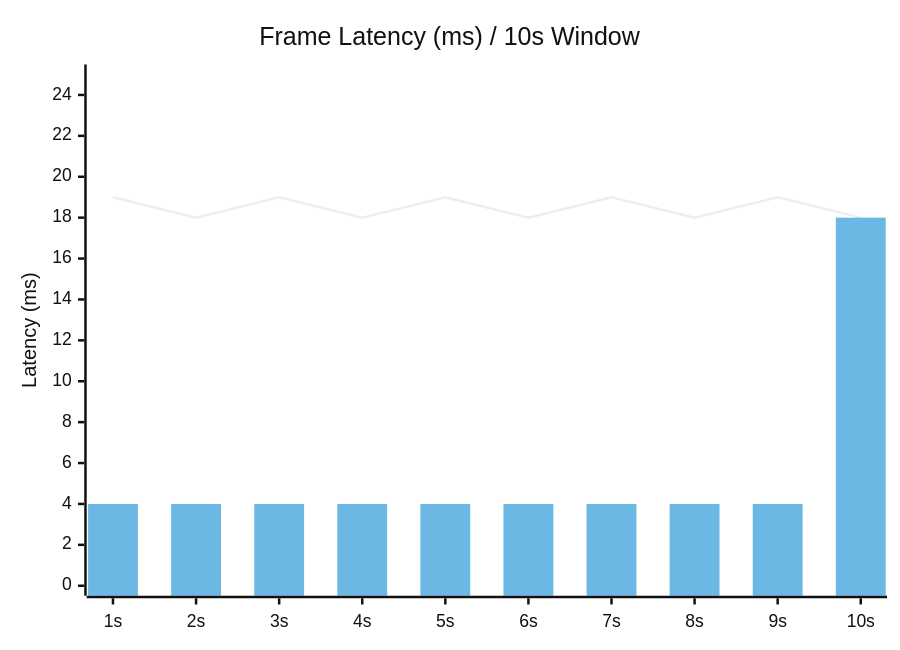
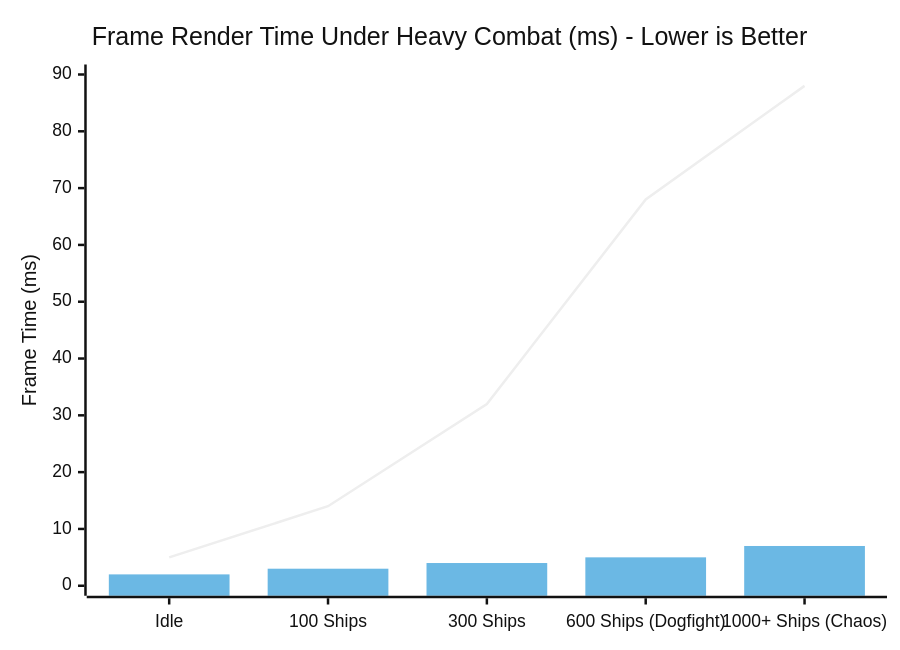
One commit to Serverket/solarmax-zero changed the third of 3 diagrams in README.md. Above: the diagram before and after it, drawn with Mermaid (neutral theme). The commit also changed other lines of this file and 38 other files, not shown here.

````diff
--- a/README.md
+++ b/README.md
@@ -104,8 +138,8 @@
 ```mermaid
 xychart-beta
-    title "Frame Latency (ms) / 10s Window"
-    x-axis [1s, 2s, 3s, 4s, 5s, 6s, 7s, 8s, 9s, 10s]
-    y-axis "Latency (ms)" 0 --> 25
-    line "Previous (Commit every 1s)" [19, 18, 19, 18, 19, 18, 19, 18, 19, 18]
-    bar "Current (Commit every 10s)" [4, 4, 4, 4, 4, 4, 4, 4, 4, 18]
+    title "Frame Render Time Under Heavy Combat (ms) - Lower is Better"
+    x-axis ["Idle", "100 Ships", "300 Ships", "600 Ships (Dogfight)", "1000+ Ships (Chaos)"]
+    y-axis "Frame Time (ms)" 0 --> 90
+    line "Previous (shadowBlur + Unbounded Sparks)" [5, 14, 32, 68, 88]
+    bar "Optimized (Dual-Pass Glow + Capped Pool)" [2, 3, 4, 5, 7]
 ```
````
